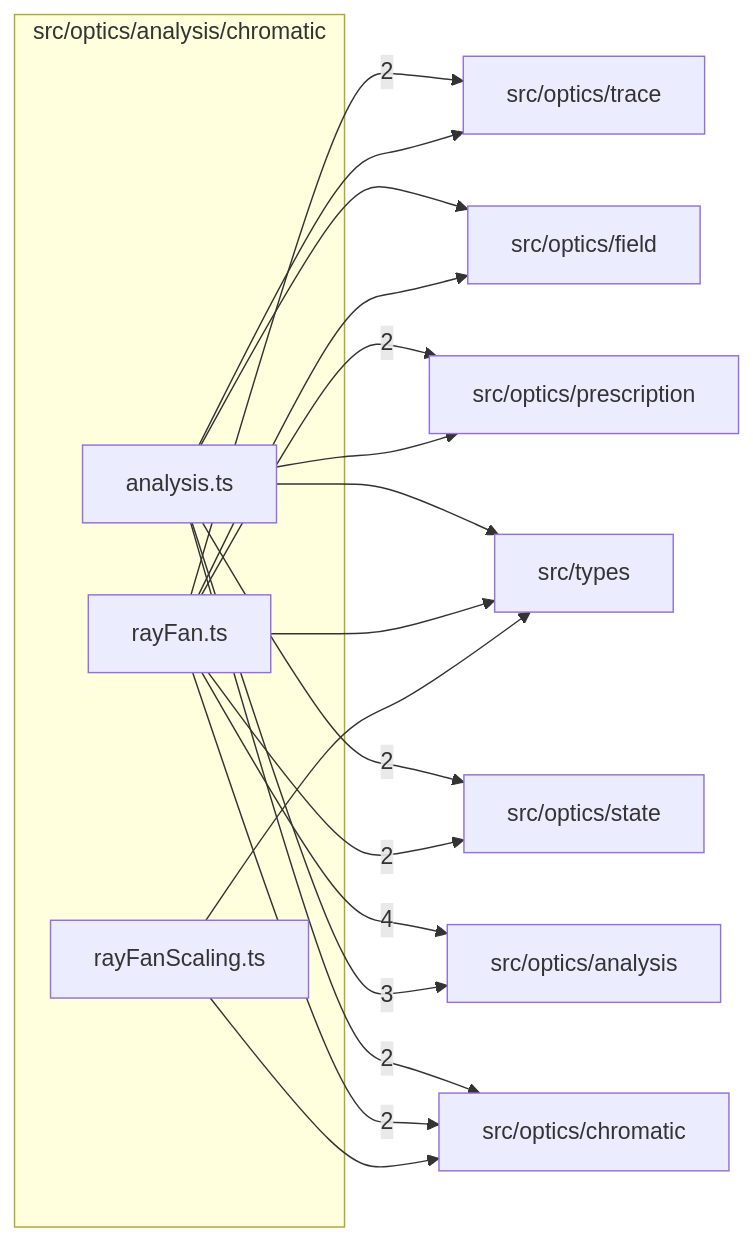
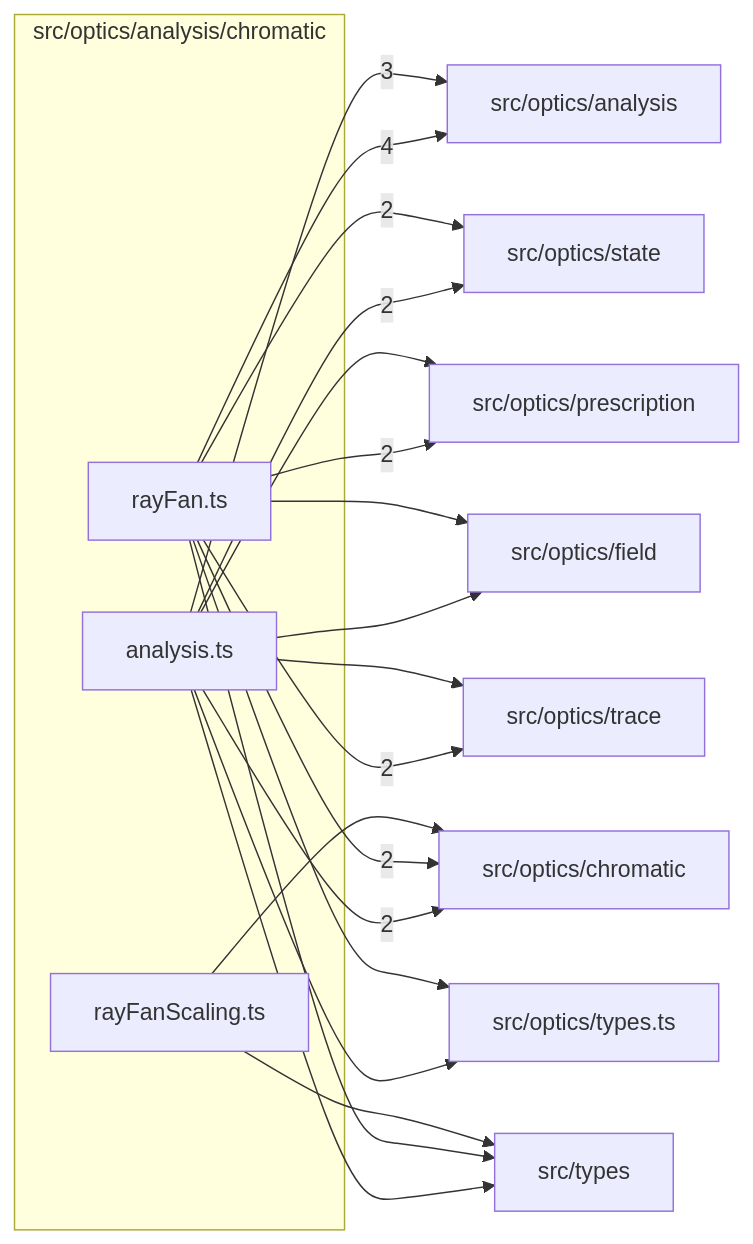
One commit to ronbuening/LensVisualizer changed the diagram in src/optics/analysis/chromatic/readme.md. Above: the diagram before and after it, drawn with Mermaid. The commit also changed other lines of this file and 32 other files, not shown here.

````diff
--- a/src/optics/analysis/chromatic/readme.md
+++ b/src/optics/analysis/chromatic/readme.md
@@ -9,31 +9,34 @@
 ```mermaid
 flowchart LR
   subgraph n_src_optics_analysis_chromatic["src/optics/analysis/chromatic"]
     n_src_optics_analysis_chromatic_src_optics_analysis_chromatic_analysis_ts["analysis.ts"]
     n_src_optics_analysis_chromatic_src_optics_analysis_chromatic_rayFan_ts["rayFan.ts"]
     n_src_optics_analysis_chromatic_src_optics_analysis_chromatic_rayFanScaling_ts["rayFanScaling.ts"]
   end
   n_external_src_optics_analysis["src/optics/analysis"]
   n_external_src_optics_chromatic["src/optics/chromatic"]
   n_external_src_optics_prescription["src/optics/prescription"]
   n_external_src_optics_state["src/optics/state"]
   n_external_src_optics_trace["src/optics/trace"]
   n_external_src_optics_field["src/optics/field"]
+  n_external_src_optics_types_ts["src/optics/types.ts"]
   n_external_src_types["src/types"]
   n_src_optics_analysis_chromatic_src_optics_analysis_chromatic_rayFan_ts --> |4| n_external_src_optics_analysis
   n_src_optics_analysis_chromatic_src_optics_analysis_chromatic_analysis_ts --> |3| n_external_src_optics_analysis
   n_src_optics_analysis_chromatic_src_optics_analysis_chromatic_analysis_ts --> |2| n_external_src_optics_chromatic
   n_src_optics_analysis_chromatic_src_optics_analysis_chromatic_rayFan_ts --> |2| n_external_src_optics_chromatic
   n_src_optics_analysis_chromatic_src_optics_analysis_chromatic_rayFan_ts --> |2| n_external_src_optics_prescription
   n_src_optics_analysis_chromatic_src_optics_analysis_chromatic_analysis_ts --> |2| n_external_src_optics_state
   n_src_optics_analysis_chromatic_src_optics_analysis_chromatic_rayFan_ts --> |2| n_external_src_optics_state
   n_src_optics_analysis_chromatic_src_optics_analysis_chromatic_rayFan_ts --> |2| n_external_src_optics_trace
   n_src_optics_analysis_chromatic_src_optics_analysis_chromatic_rayFanScaling_ts --> n_external_src_optics_chromatic
   n_src_optics_analysis_chromatic_src_optics_analysis_chromatic_analysis_ts --> n_external_src_optics_field
   n_src_optics_analysis_chromatic_src_optics_analysis_chromatic_rayFan_ts --> n_external_src_optics_field
   n_src_optics_analysis_chromatic_src_optics_analysis_chromatic_analysis_ts --> n_external_src_optics_prescription
   n_src_optics_analysis_chromatic_src_optics_analysis_chromatic_analysis_ts --> n_external_src_optics_trace
+  n_src_optics_analysis_chromatic_src_optics_analysis_chromatic_analysis_ts --> n_external_src_optics_types_ts
+  n_src_optics_analysis_chromatic_src_optics_analysis_chromatic_rayFan_ts --> n_external_src_optics_types_ts
   n_src_optics_analysis_chromatic_src_optics_analysis_chromatic_analysis_ts --> n_external_src_types
   n_src_optics_analysis_chromatic_src_optics_analysis_chromatic_rayFan_ts --> n_external_src_types
   n_src_optics_analysis_chromatic_src_optics_analysis_chromatic_rayFanScaling_ts --> n_external_src_types
 ```
````
